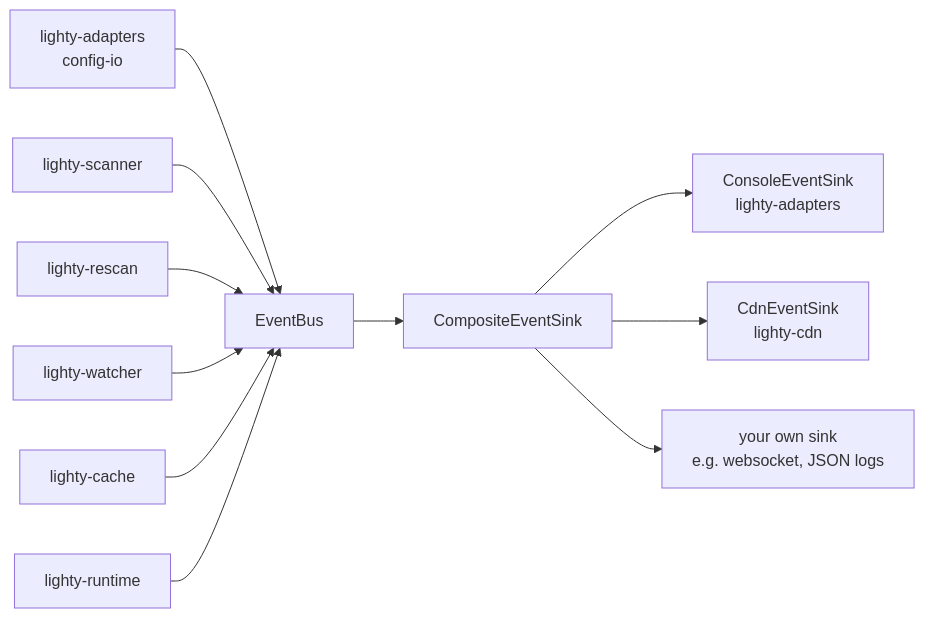
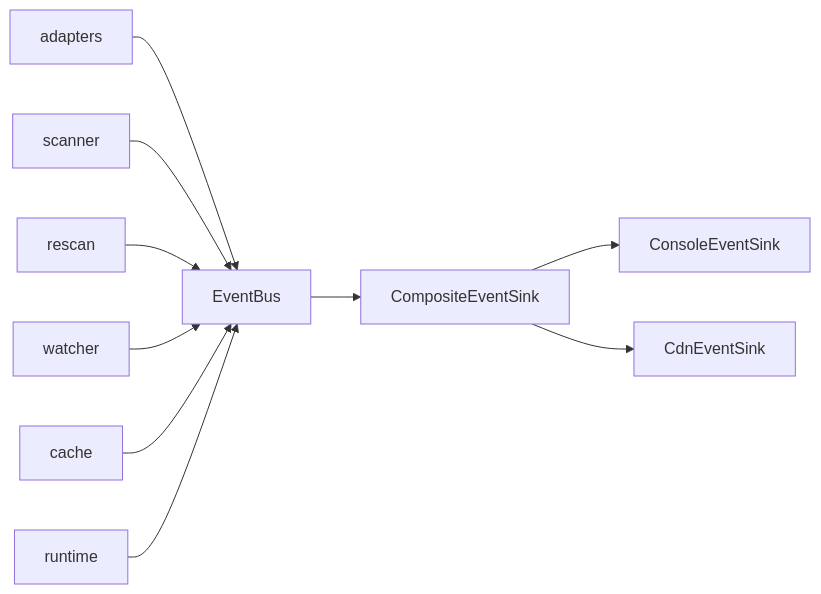
Before and after one commit to Lighty-Launcher/LightyUpdater: the diagram in crates/events/docs/overview.md, drawn with Mermaid. The commit also changed other lines of this file and 22 other files, not shown here.

First line of the commit message:
Simplify per-crate docs + harden mermaid for GitBook

````diff
--- a/crates/events/docs/overview.md
+++ b/crates/events/docs/overview.md
@@ -25,14 +18,12 @@
 ```mermaid
 flowchart LR
-    CFG[lighty-adapters<br/>config-io]      --> BUS[EventBus]
-    SCAN[lighty-scanner]                     --> BUS
-    RESCAN[lighty-rescan]                    --> BUS
-    WATCH[lighty-watcher]                    --> BUS
-    CACHE[lighty-cache]                      --> BUS
-    RUNTIME[lighty-runtime]                  --> BUS
-
-    BUS --> COMP[CompositeEventSink]
-    COMP --> CONSOLE[ConsoleEventSink<br/>lighty-adapters]
-    COMP --> CDN_SINK[CdnEventSink<br/>lighty-cdn]
-    COMP --> CUSTOM[your own sink<br/>e.g. websocket, JSON logs]
+    Cfg[adapters] --> Bus[EventBus]
+    Scan[scanner] --> Bus
+    Resc[rescan] --> Bus
+    Watch[watcher] --> Bus
+    Cache[cache] --> Bus
+    Run[runtime] --> Bus
+    Bus --> Comp[CompositeEventSink]
+    Comp --> Console[ConsoleEventSink]
+    Comp --> CdnSink[CdnEventSink]
 ```
````
